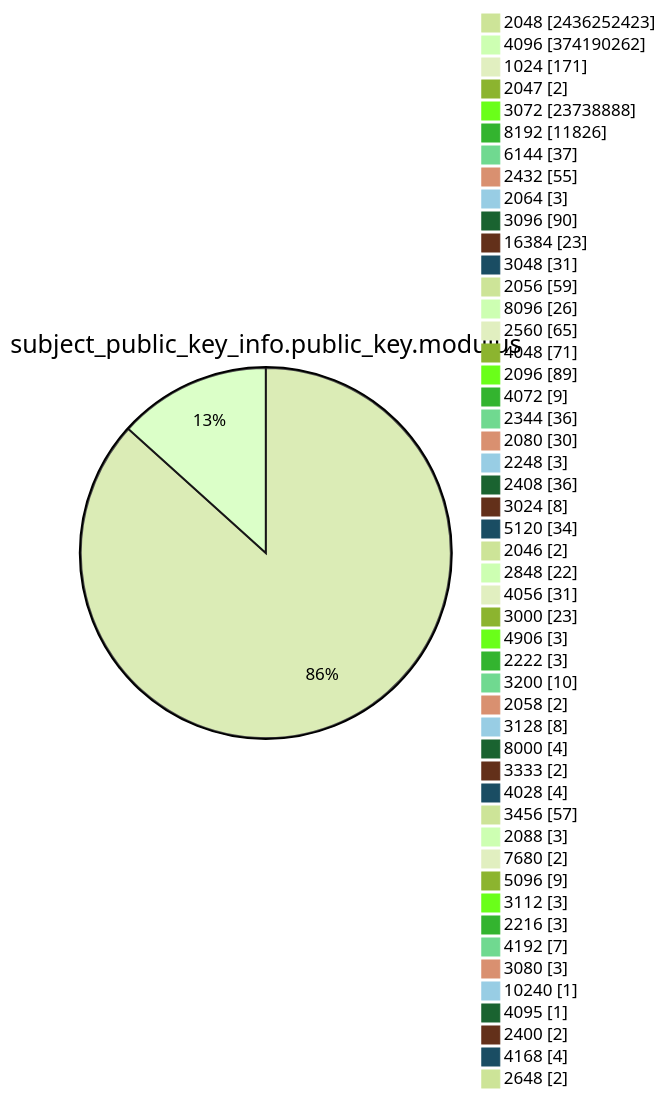
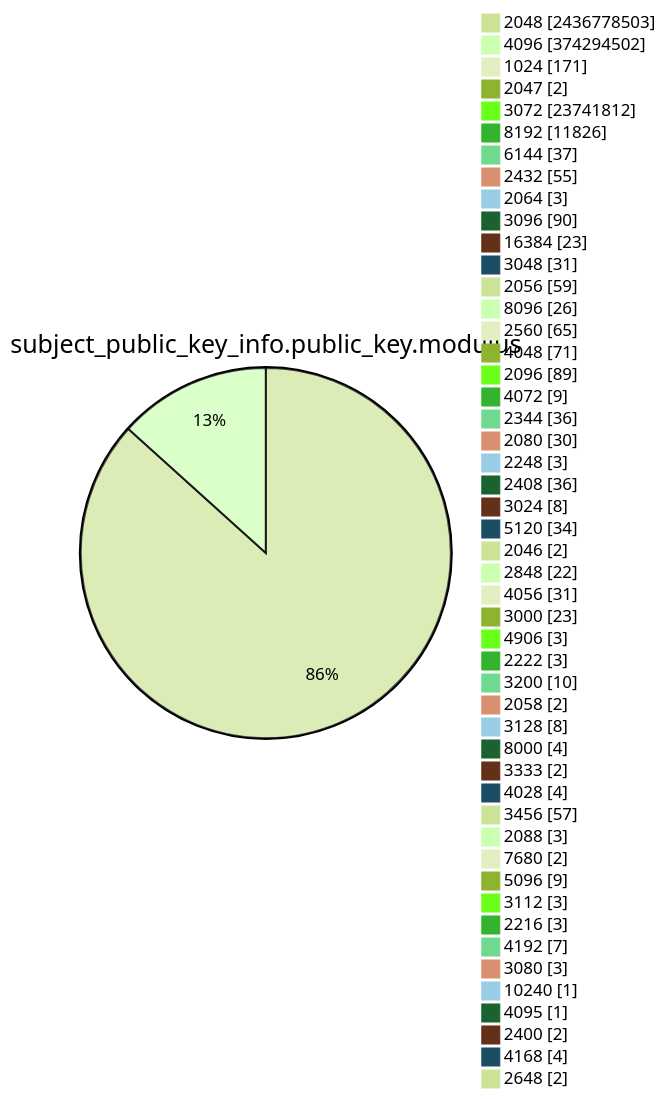
Diagram 13 of 15 in TOTAL/README.md (christiankrug/ctmonitor_visualization), drawn with Mermaid (forest theme) before and after one commit. The commit also changed other lines of this file, not shown here.

````diff
--- a/TOTAL/README.md
+++ b/TOTAL/README.md
@@ -4168,53 +4168,53 @@
 ```mermaid
 pie showData
 title subject_public_key_info.public_key.modulus
-"2048" :2436252423
-"4096" :374190262
+"2048" :2436778503
+"4096" :374294502
 "1024" :171
 "2047" :2
-"3072" :23738888
+"3072" :23741812
 "8192" :11826
 "6144" :37
 "2432" :55
 "2064" :3
 "3096" :90
 "16384" :23
 "3048" :31
 "2056" :59
 "8096" :26
 "2560" :65
 "4048" :71
 "2096" :89
 "4072" :9
 "2344" :36
 "2080" :30
 "2248" :3
 "2408" :36
 "3024" :8
 "5120" :34
 "2046" :2
 "2848" :22
 "4056" :31
 "3000" :23
 "4906" :3
 "2222" :3
 "3200" :10
 "2058" :2
 "3128" :8
 "8000" :4
 "3333" :2
 "4028" :4
 "3456" :57
 "2088" :3
 "7680" :2
 "5096" :9
 "3112" :3
 "2216" :3
 "4192" :7
 "3080" :3
 "10240" :1
 "4095" :1
 "2400" :2
 "4168" :4
 "2648" :2
 ```
````
